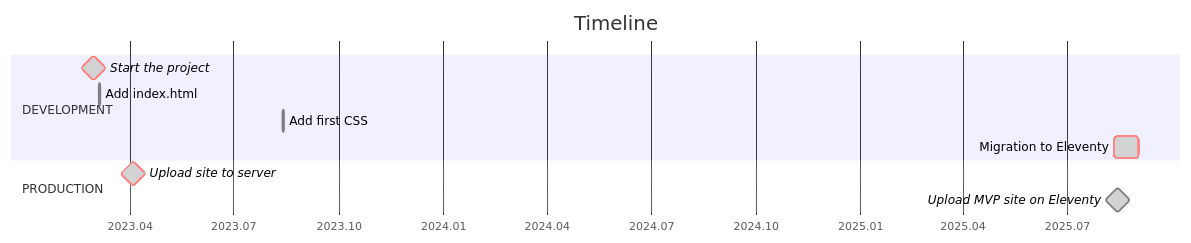
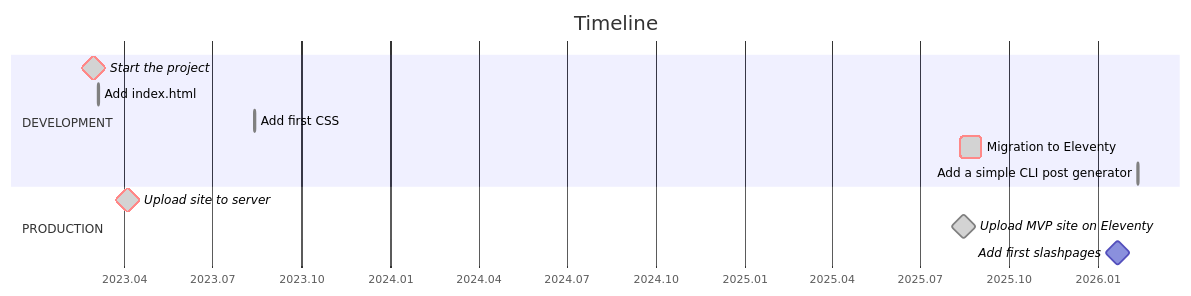
One commit to tropintropin/tropin changed the diagram in README.md. Above: the diagram before and after it, drawn with Mermaid. The commit also changed other lines of this file and 3 other files, not shown here.

````diff
--- a/README.md
+++ b/README.md
@@ -12,16 +12,18 @@
 ```mermaid
 gantt
 title       Timeline
 dateFormat  YYYY.MM.DD
 axisFormat  %Y.%m
 
 section DEVELOPMENT
 Start the project                     :milestone,             crit, done, 2023.02.28, 0d
 Add index.html                        :done,          html0,              2023.03.05, 1d
 Add first CSS                         :done,          css0,               2023.08.13, 1d
 Migration to Eleventy                 :done,                  crit,       2025.08.12, 2025.09.02
+Add a simple CLI post generator       :done,                              2026.02.11, 1d
 
 section PRODUCTION
 Upload site to server                 :milestone,             crit, done, 2023.04.04, 0d
 Upload MVP site on Eleventy           :milestone,                   done, 2025.08.15, 0d
+Add first slashpages                  :milestone,                         2026.01.21, 0d
 ```
````
